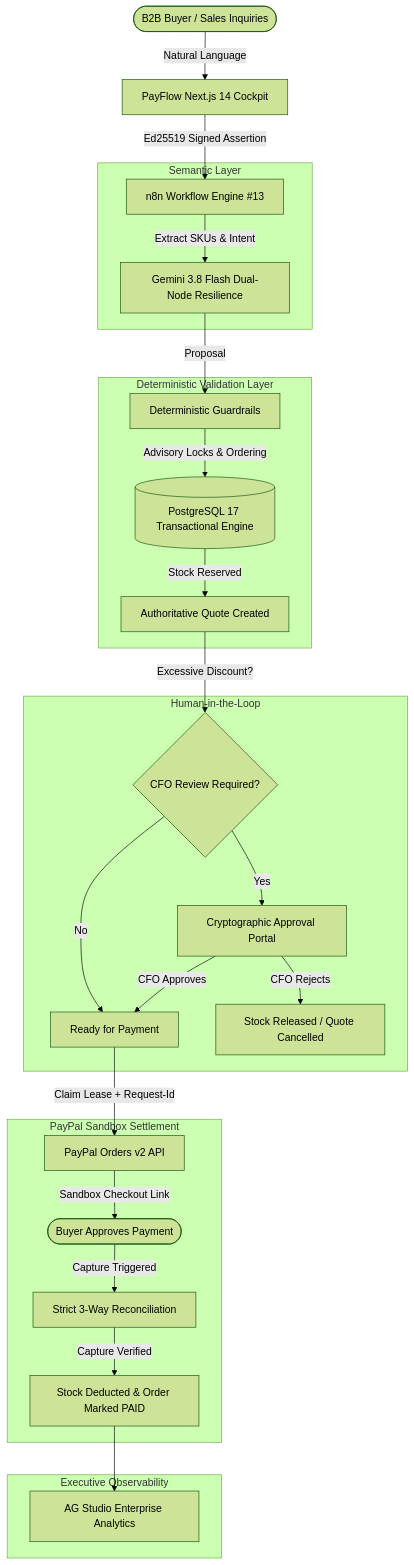
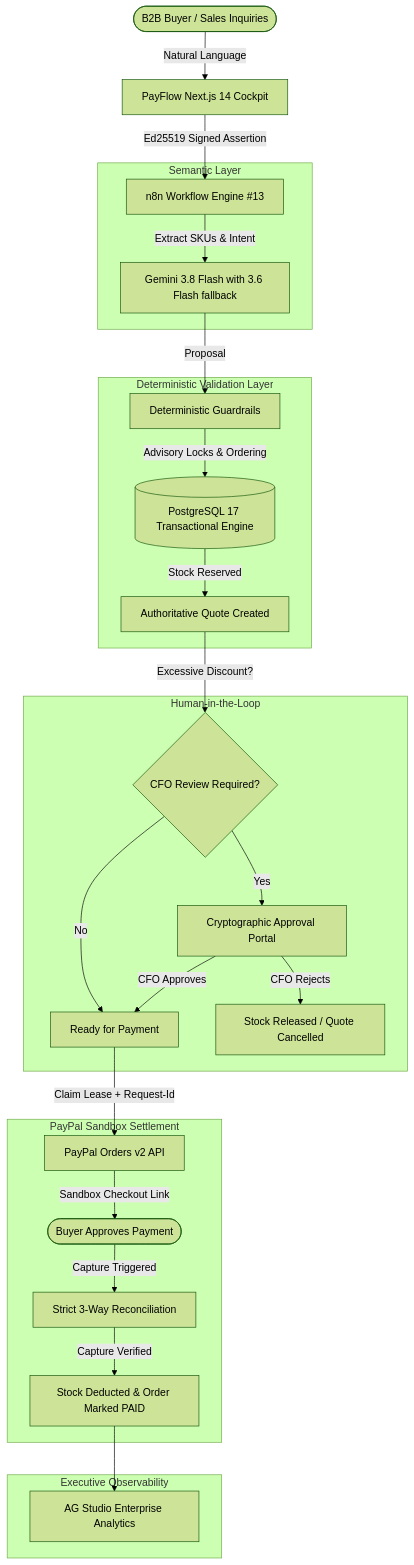
One commit to Robe092/MAD changed the diagram in README.md. Above: the diagram before and after it, drawn with Mermaid (forest theme). The commit also changed other lines of this file and 5 other files, not shown here.

Commit message:
Fall back to Gemini 3.6 Flash for jury evaluation

````diff
--- a/README.md
+++ b/README.md
@@ -29,34 +29,34 @@
 ```mermaid
 flowchart TD
     Buyer([B2B Buyer / Sales Inquiries]) -->|Natural Language| Cockpit[PayFlow Next.js 14 Cockpit]
     Cockpit -->|Ed25519 Signed Assertion| Engine[n8n Workflow Engine #13]
     
     subgraph AI["Semantic Layer"]
-        Engine -->|Extract SKUs & Intent| Gemini[Gemini 3.8 Flash Dual-Node Resilience]
+        Engine -->|Extract SKUs & Intent| Gemini[Gemini 3.8 Flash with 3.6 Flash fallback]
     end
     
     subgraph Determinism["Deterministic Validation Layer"]
         Gemini -->|Proposal| Guardrails[Deterministic Guardrails]
         Guardrails -->|Advisory Locks & Ordering| DB[(PostgreSQL 17 Transactional Engine)]
         DB -->|Stock Reserved| Quote[Authoritative Quote Created]
     end
     
     subgraph HITL["Human-in-the-Loop"]
         Quote -->|Excessive Discount?| Approval{CFO Review Required?}
         Approval -->|Yes| Gatekeeper[Cryptographic Approval Portal]
         Approval -->|No| Ready[Ready for Payment]
         Gatekeeper -->|CFO Approves| Ready
         Gatekeeper -->|CFO Rejects| Cancelled[Stock Released / Quote Cancelled]
     end
     
     subgraph Settlement["PayPal Sandbox Settlement"]
         Ready -->|Claim Lease + Request-Id| PayPal[PayPal Orders v2 API]
         PayPal -->|Sandbox Checkout Link| Checkout([Buyer Approves Payment])
         Checkout -->|Capture Triggered| Capture[Strict 3-Way Reconciliation]
         Capture -->|Capture Verified| Settle[Stock Deducted & Order Marked PAID]
     end
     
     subgraph Observability["Executive Observability"]
         Settle --> Studio[AG Studio Enterprise Analytics]
     end
 ```
````
